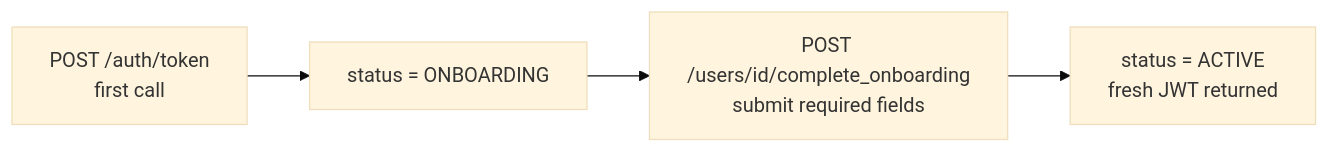
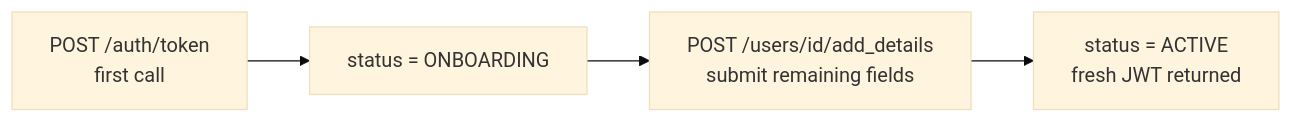
Before and after one commit to anu19981/aarokya-backend: the diagram in api-reference/modules/user.mdx, drawn with Mermaid (base theme). The commit also changed other lines of this file and 90 other files, not shown here.

````diff
--- a/api-reference/modules/user.mdx
+++ b/api-reference/modules/user.mdx
@@ -20,6 +20,6 @@
 ```mermaid
 flowchart LR
     A[POST /auth/token<br/>first call] --> B[status = ONBOARDING]
-    B --> C[POST /users/id/complete_onboarding<br/>submit required fields]
+    B --> C[POST /users/id/add_details<br/>submit remaining fields]
     C --> D[status = ACTIVE<br/>fresh JWT returned]
 ```
````
